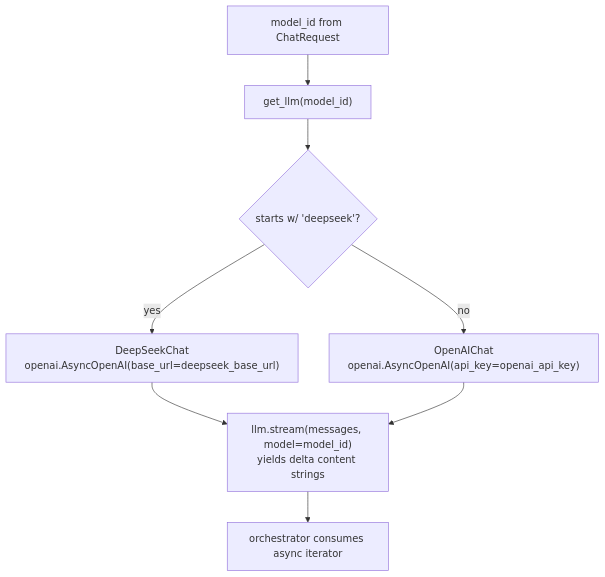
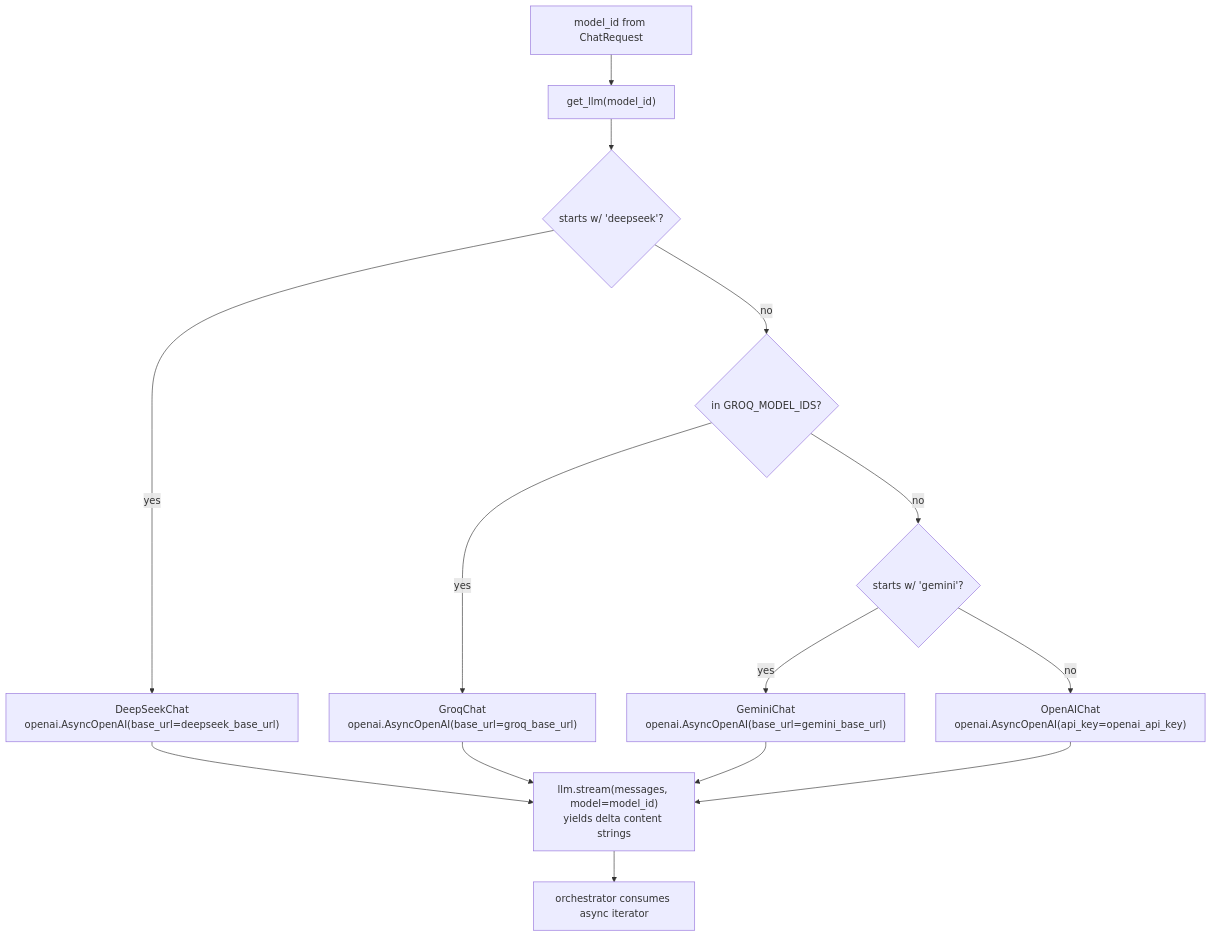
The diagram in docs/services/chat-features/06-llm-router.md (IohanFaustino/statrag), drawn with Mermaid before and after one commit. The commit also changed other lines of this file and 8 other files, not shown here.

First line of the commit message:
feat(chat): add Google Gemini provider (OpenAI-compat); fix Phase 2 chapter-attr regression

````diff
--- a/docs/services/chat-features/06-llm-router.md
+++ b/docs/services/chat-features/06-llm-router.md
@@ -9,10 +9,16 @@
 ```mermaid
 graph TD
   ReqMid["model_id from ChatRequest"] --> Router["get_llm(model_id)"]
-  Router --> Prefix{starts w/ 'deepseek'?}
-  Prefix -->|yes| DS["DeepSeekChat<br/>openai.AsyncOpenAI(base_url=deepseek_base_url)"]
-  Prefix -->|no| OAI["OpenAIChat<br/>openai.AsyncOpenAI(api_key=openai_api_key)"]
+  Router --> Deepseek{starts w/ 'deepseek'?}
+  Deepseek -->|yes| DS["DeepSeekChat<br/>openai.AsyncOpenAI(base_url=deepseek_base_url)"]
+  Deepseek -->|no| Groq{in GROQ_MODEL_IDS?}
+  Groq -->|yes| GQ["GroqChat<br/>openai.AsyncOpenAI(base_url=groq_base_url)"]
+  Groq -->|no| Gemini{starts w/ 'gemini'?}
+  Gemini -->|yes| GL["GeminiChat<br/>openai.AsyncOpenAI(base_url=gemini_base_url)"]
+  Gemini -->|no| OAI["OpenAIChat<br/>openai.AsyncOpenAI(api_key=openai_api_key)"]
   DS --> Stream["llm.stream(messages, model=model_id)<br/>yields delta content strings"]
+  GQ --> Stream
+  GL --> Stream
   OAI --> Stream
   Stream --> Orch[orchestrator consumes async iterator]
 ```
````
